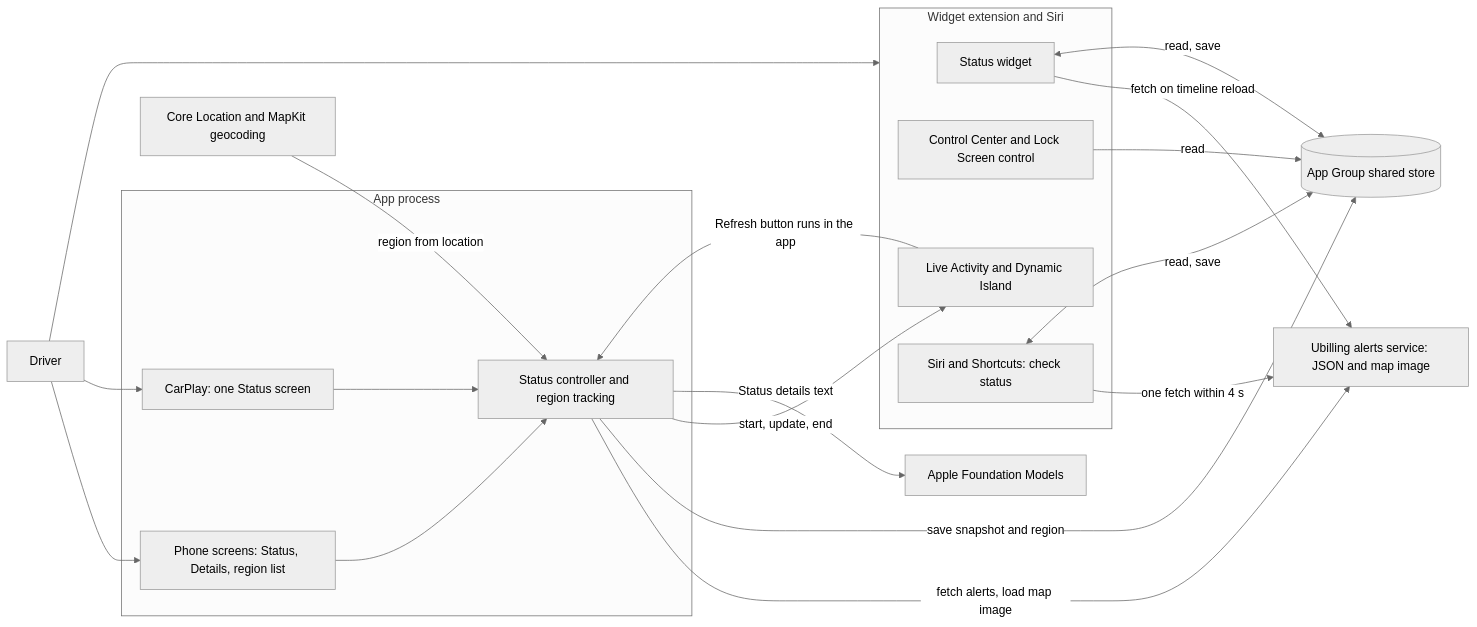
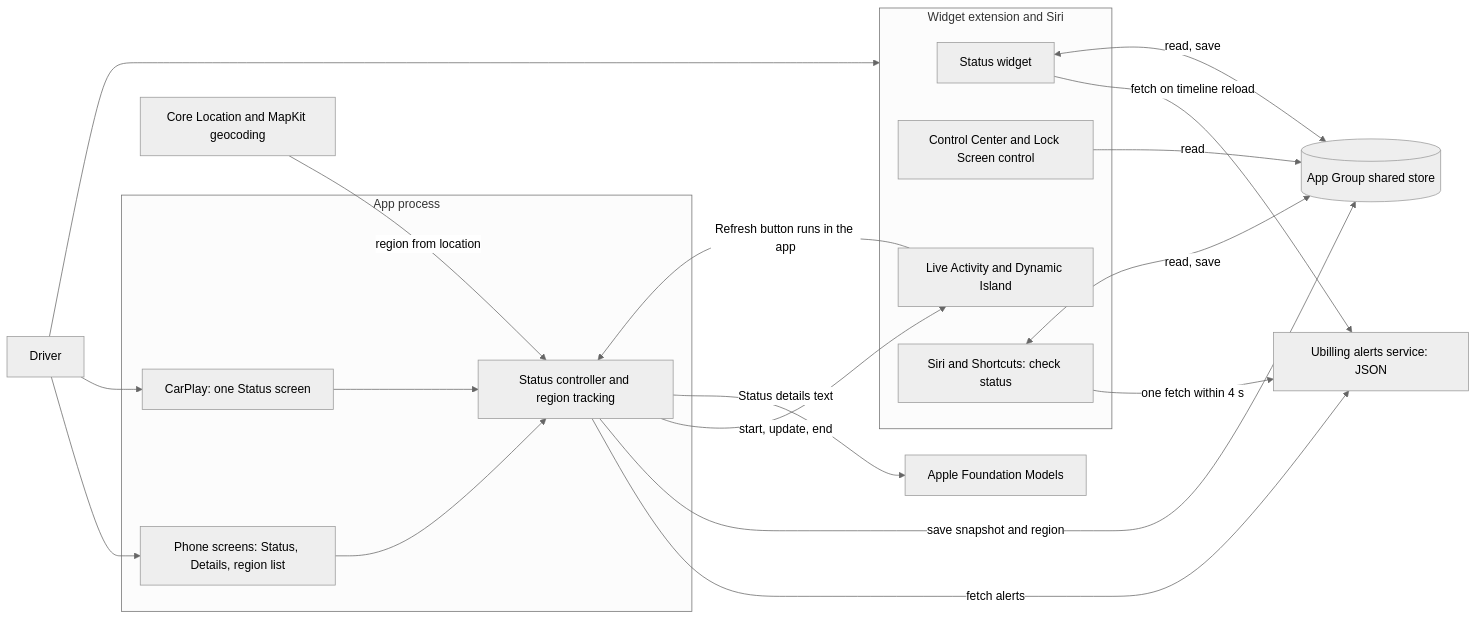
Before and after one commit to vil4max/regional-check: the first of 5 diagrams in docs/engineering/architecture-diagrams.md, drawn with Mermaid (neutral theme). The commit also changed 103 other files, not shown here.

````diff
--- a/docs/engineering/architecture-diagrams.md
+++ b/docs/engineering/architecture-diagrams.md
@@ -9,41 +9,41 @@
 ```mermaid
 flowchart LR
     Driver["Driver"]
 
     subgraph AppProc["App process"]
         App["Phone screens: Status, Details, region list"]
         CarPlay["CarPlay: one Status screen"]
         Core["Status controller and region tracking"]
     end
 
     subgraph Ext["Widget extension and Siri"]
         Widget["Status widget"]
         Control["Control Center and Lock Screen control"]
         Live["Live Activity and Dynamic Island"]
         Siri["Siri and Shortcuts: check status"]
     end
 
     Store[("App Group shared store")]
-    Ubilling["Ubilling alerts service: JSON and map image"]
+    Ubilling["Ubilling alerts service: JSON"]
     FM["Apple Foundation Models"]
     Loc["Core Location and MapKit geocoding"]
 
     Driver --> App
     Driver --> CarPlay
     Driver --> Ext
 
     App --> Core
     CarPlay --> Core
     Loc -->|"region from location"| Core
-    Core -->|"fetch alerts, load map image"| Ubilling
+    Core -->|"fetch alerts"| Ubilling
     Core -->|"save snapshot and region"| Store
     Core -->|"start, update, end"| Live
     Core -->|"Status details text"| FM
     Live -->|"Refresh button runs in the app"| Core
 
     Widget -->|"fetch on timeline reload"| Ubilling
     Siri -->|"one fetch within 4 s"| Ubilling
     Widget <-->|"read, save"| Store
     Control -->|"read"| Store
     Siri <-->|"read, save"| Store
 ```
````
